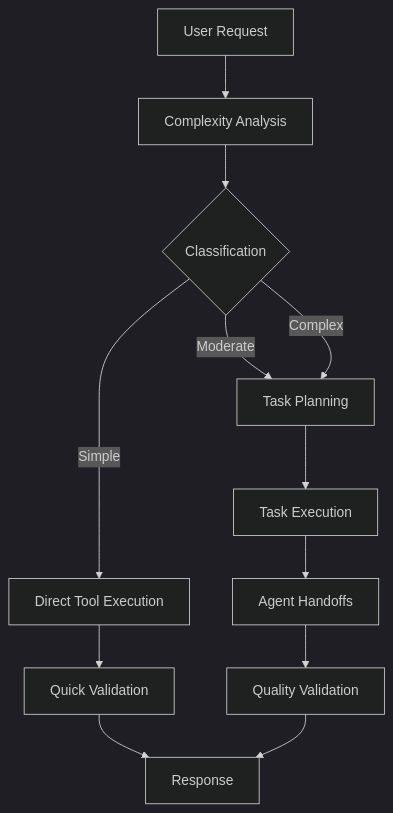
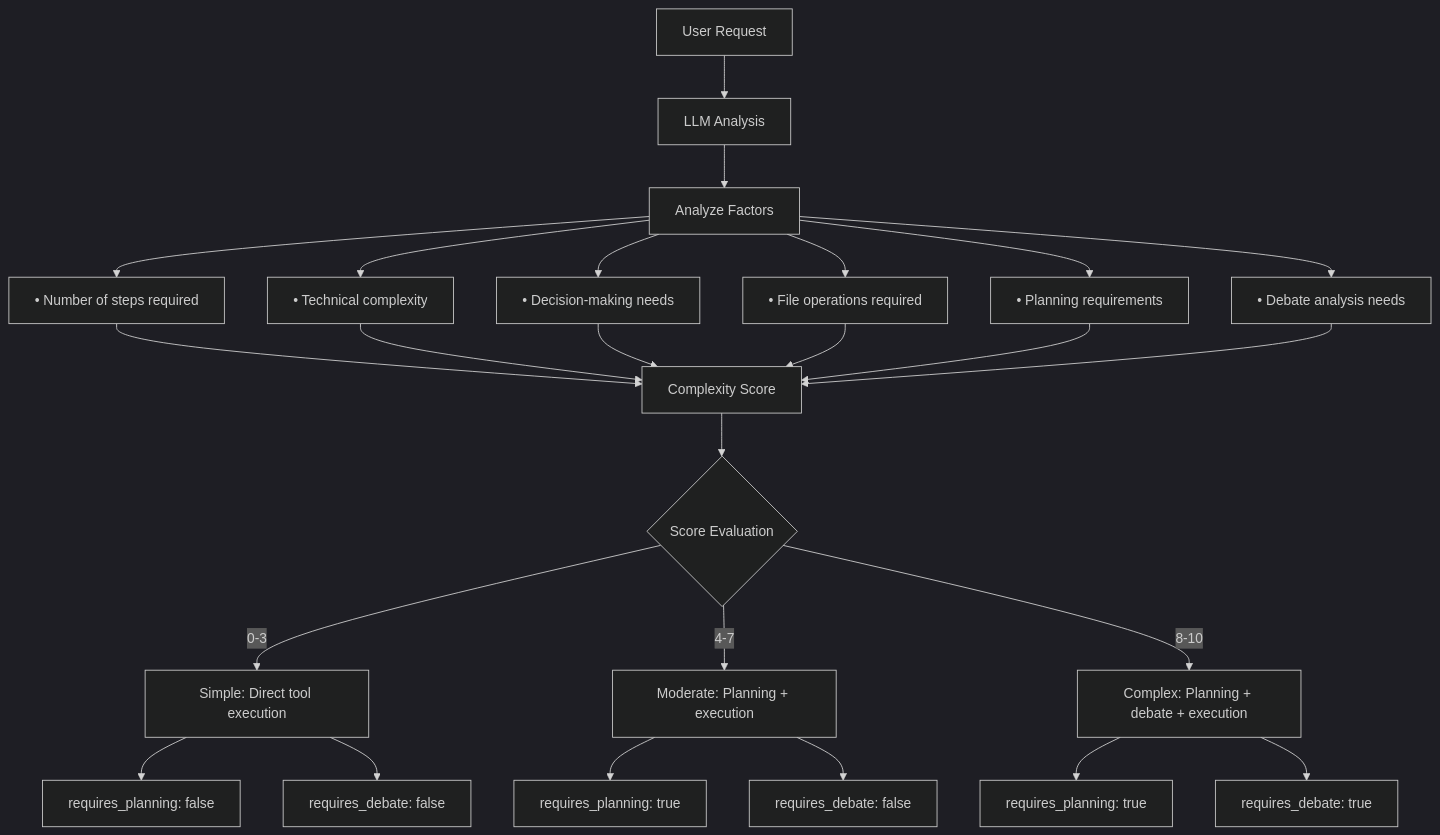
One commit to Jha-Pranav/applied-GenAI-lab changed the second of 6 diagrams in README.md. Above: the diagram before and after it, drawn with Mermaid (dark theme). The commit also changed other lines of this file and 111 other files, not shown here.

````diff
--- a/README.md
+++ b/README.md
@@ -148,14 +286,32 @@
 ```mermaid
 graph TD
-    A[User Request] --> B[Complexity Analysis]
-    B --> C{Classification}
-    C -->|Simple| D[Direct Tool Execution]
-    C -->|Moderate| E[Task Planning]
-    C -->|Complex| E
-    D --> F[Quick Validation]
-    E --> G[Task Execution]
-    G --> H[Agent Handoffs]
-    H --> I[Quality Validation]
-    F --> J[Response]
+    A[User Request] --> B[LLM Analysis]
+    B --> C[Analyze Factors]
+    C --> D[• Number of steps required]
+    C --> E[• Technical complexity]
+    C --> F[• Decision-making needs]
+    C --> G[• File operations required]
+    C --> H[• Planning requirements]
+    C --> I[• Debate analysis needs]
+    
+    D --> J[Complexity Score]
+    E --> J
+    F --> J
+    G --> J
+    H --> J
     I --> J
+    
+    J --> K{Score Evaluation}
+    K -->|0-3| L[Simple: Direct tool execution]
+    K -->|4-7| M[Moderate: Planning + execution]
+    K -->|8-10| N[Complex: Planning + debate + execution]
+    
+    L --> O[requires_planning: false]
+    L --> P[requires_debate: false]
+    
+    M --> Q[requires_planning: true]
+    M --> R[requires_debate: false]
+    
+    N --> S[requires_planning: true]
+    N --> T[requires_debate: true]
 ```
````
